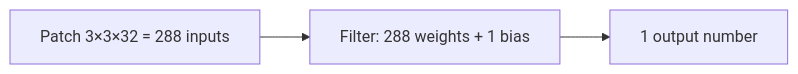
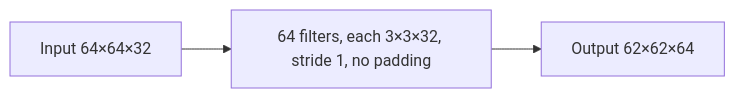
The diagram in content/deep-learning/pyq/2024-12/q4b.hi.mdx (TrendySloth1001/sem-seven-notes), drawn with Mermaid before and after one commit. The commit also changed other lines of this file and 186 other files, not shown here.

````diff
--- a/content/deep-learning/pyq/2024-12/q4b.hi.mdx
+++ b/content/deep-learning/pyq/2024-12/q4b.hi.mdx
@@ -67,6 +11,6 @@
 ```mermaid
-%% caption: Ek filter 32 channels pe ek 3×3 patch dekhta hai, to isme 288 weights hain aur ek output number nikalta hai.
+%% caption: Is question ki layer shapes ke saath. 64 filters mein se har ek saare 32 channels dekhta hai aur ek 62×62 map deta hai.
 flowchart LR
-  P["Patch 3×3×32 = 288 inputs"] --> F["Filter: 288 weights + 1 bias"]
-  F --> O["1 output number"]
+  A["Input 64×64×32"] --> B["64 filters, each 3×3×32, stride 1, no padding"]
+  B --> C["Output 62×62×64"]
 ```
````
